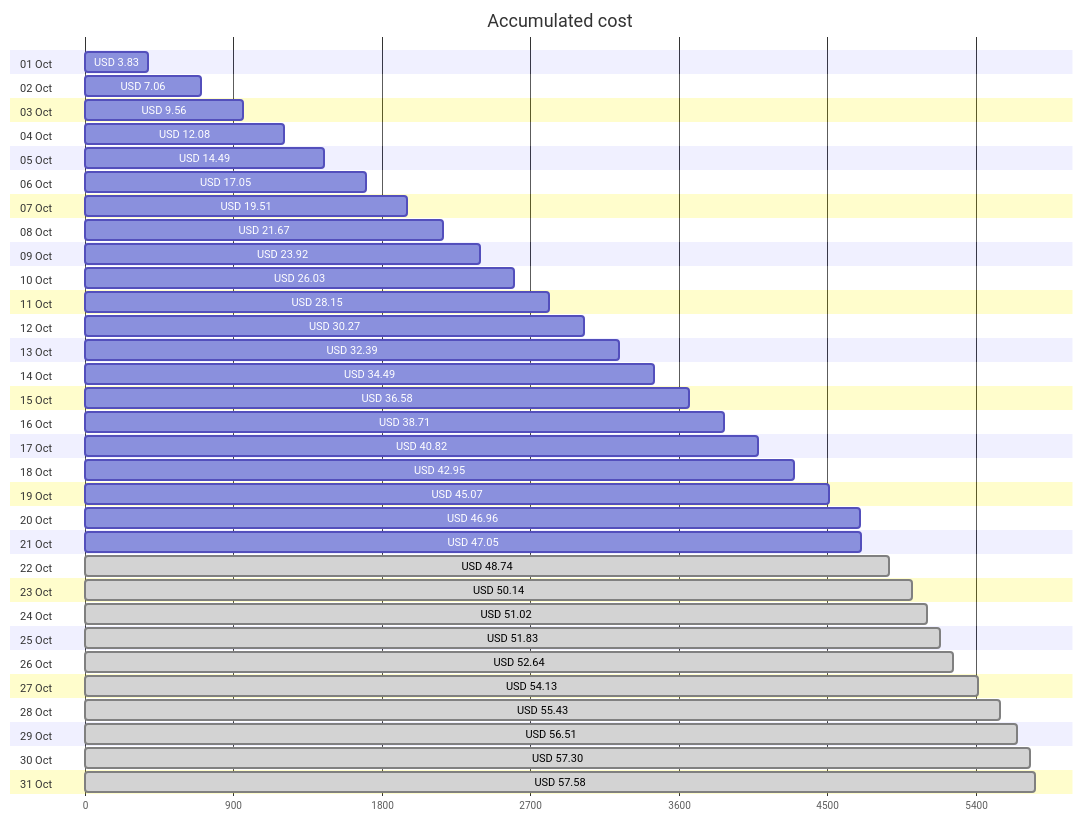
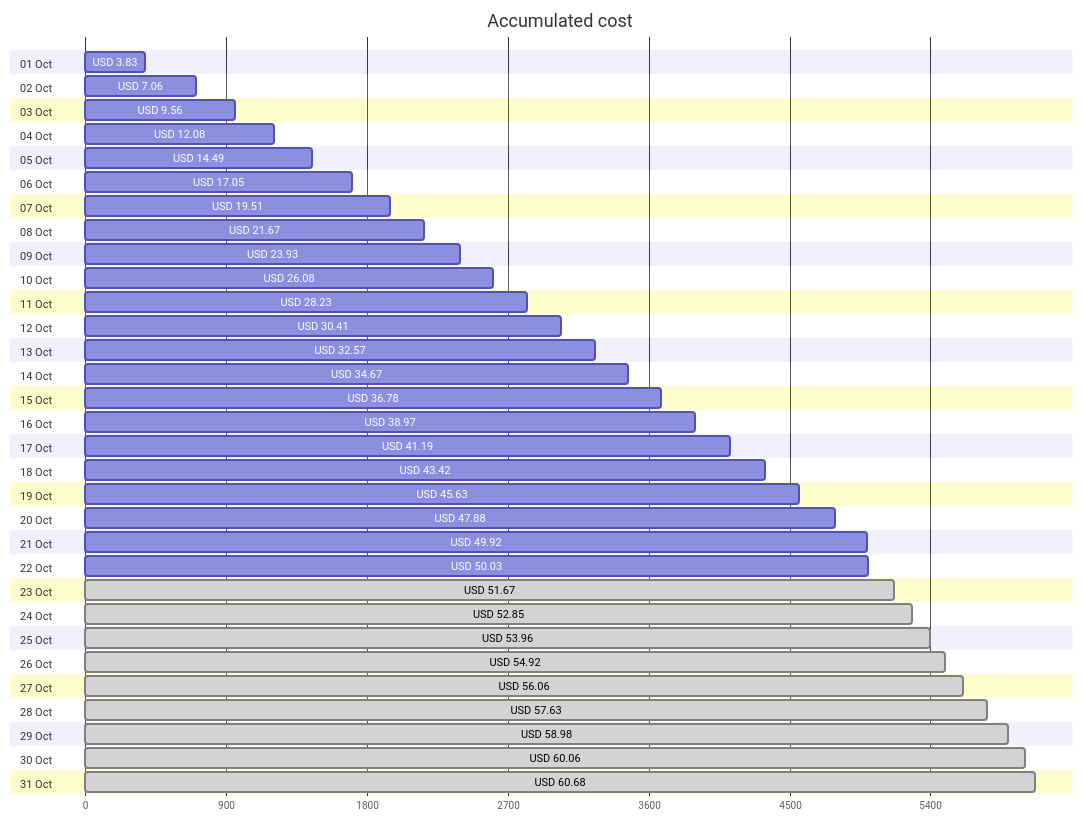
Before and after one commit to jpfulton/azure-personal-reports: the first of 4 diagrams in cost-reports/accumulated-cost.md, drawn with Mermaid. The commit also changed other lines of this file and 4 other files, not shown here.

````diff
--- a/cost-reports/accumulated-cost.md
+++ b/cost-reports/accumulated-cost.md
@@ -20,68 +20,68 @@
 ```mermaid
 gantt
    title Accumulated cost
    dateFormat  X
    axisFormat %s
    section 01 Oct
    USD 3.83 :0, 383
    section 02 Oct
    USD 7.06 :0, 706
    section 03 Oct
    USD 9.56 :0, 956
    section 04 Oct
    USD 12.08 :0, 1208
    section 05 Oct
    USD 14.49 :0, 1449
    section 06 Oct
    USD 17.05 :0, 1705
    section 07 Oct
    USD 19.51 :0, 1951
    section 08 Oct
    USD 21.67 :0, 2167
    section 09 Oct
-   USD 23.92 :0, 2392
+   USD 23.93 :0, 2393
    section 10 Oct
-   USD 26.03 :0, 2603
+   USD 26.08 :0, 2608
    section 11 Oct
-   USD 28.15 :0, 2815
+   USD 28.23 :0, 2823
    section 12 Oct
-   USD 30.27 :0, 3027
+   USD 30.41 :0, 3041
    section 13 Oct
-   USD 32.39 :0, 3239
+   USD 32.57 :0, 3257
    section 14 Oct
-   USD 34.49 :0, 3449
+   USD 34.67 :0, 3467
    section 15 Oct
-   USD 36.58 :0, 3658
+   USD 36.78 :0, 3678
    section 16 Oct
-   USD 38.71 :0, 3871
+   USD 38.97 :0, 3897
    section 17 Oct
-   USD 40.82 :0, 4082
+   USD 41.19 :0, 4119
    section 18 Oct
-   USD 42.95 :0, 4295
+   USD 43.42 :0, 4342
    section 19 Oct
-   USD 45.07 :0, 4507
+   USD 45.63 :0, 4563
    section 20 Oct
-   USD 46.96 :0, 4696
+   USD 47.88 :0, 4788
    section 21 Oct
-   USD 47.05 :0, 4705
+   USD 49.92 :0, 4992
    section 22 Oct
-   USD 48.74 : done, 0, 4874
+   USD 50.03 :0, 5003
    section 23 Oct
-   USD 50.14 : done, 0, 5014
+   USD 51.67 : done, 0, 5167
    section 24 Oct
-   USD 51.02 : done, 0, 5102
+   USD 52.85 : done, 0, 5285
    section 25 Oct
-   USD 51.83 : done, 0, 5183
+   USD 53.96 : done, 0, 5396
    section 26 Oct
-   USD 52.64 : done, 0, 5264
+   USD 54.92 : done, 0, 5492
    section 27 Oct
-   USD 54.13 : done, 0, 5413
+   USD 56.06 : done, 0, 5606
    section 28 Oct
-   USD 55.43 : done, 0, 5543
+   USD 57.63 : done, 0, 5763
    section 29 Oct
-   USD 56.51 : done, 0, 5651
+   USD 58.98 : done, 0, 5898
    section 30 Oct
-   USD 57.30 : done, 0, 5730
+   USD 60.06 : done, 0, 6006
    section 31 Oct
-   USD 57.58 : done, 0, 5758
+   USD 60.68 : done, 0, 6068
 ```
````
